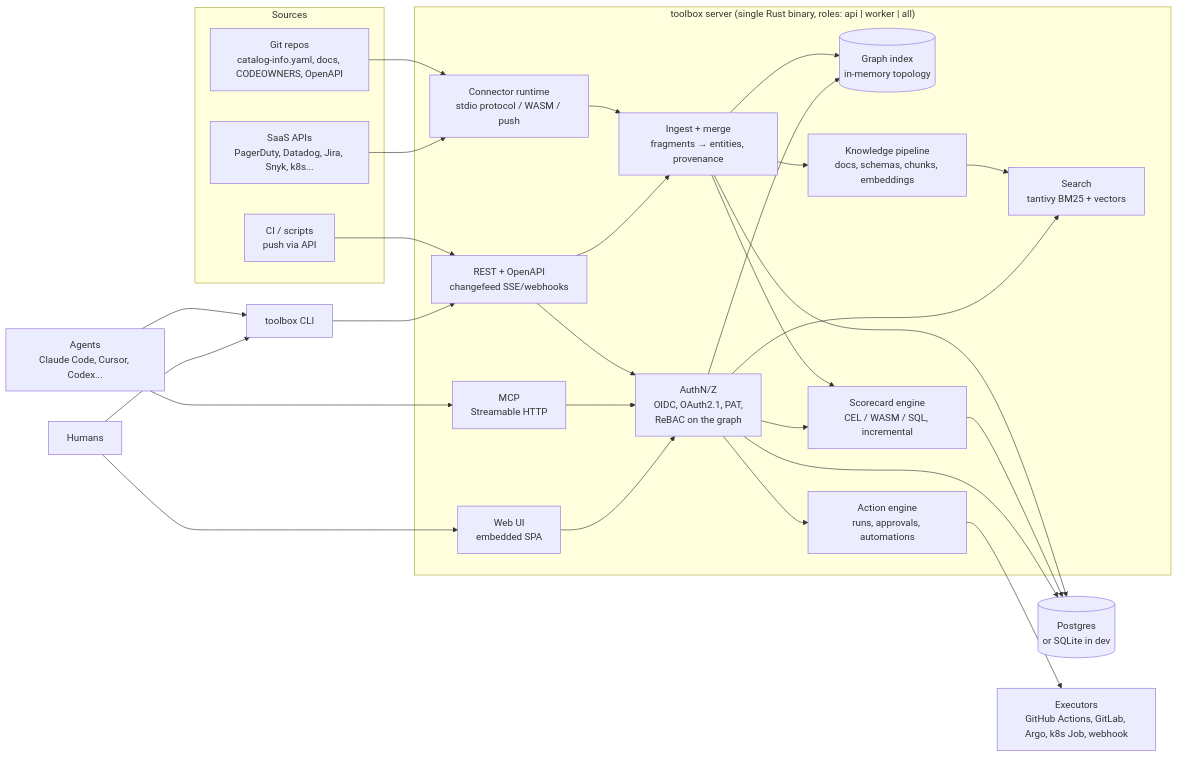
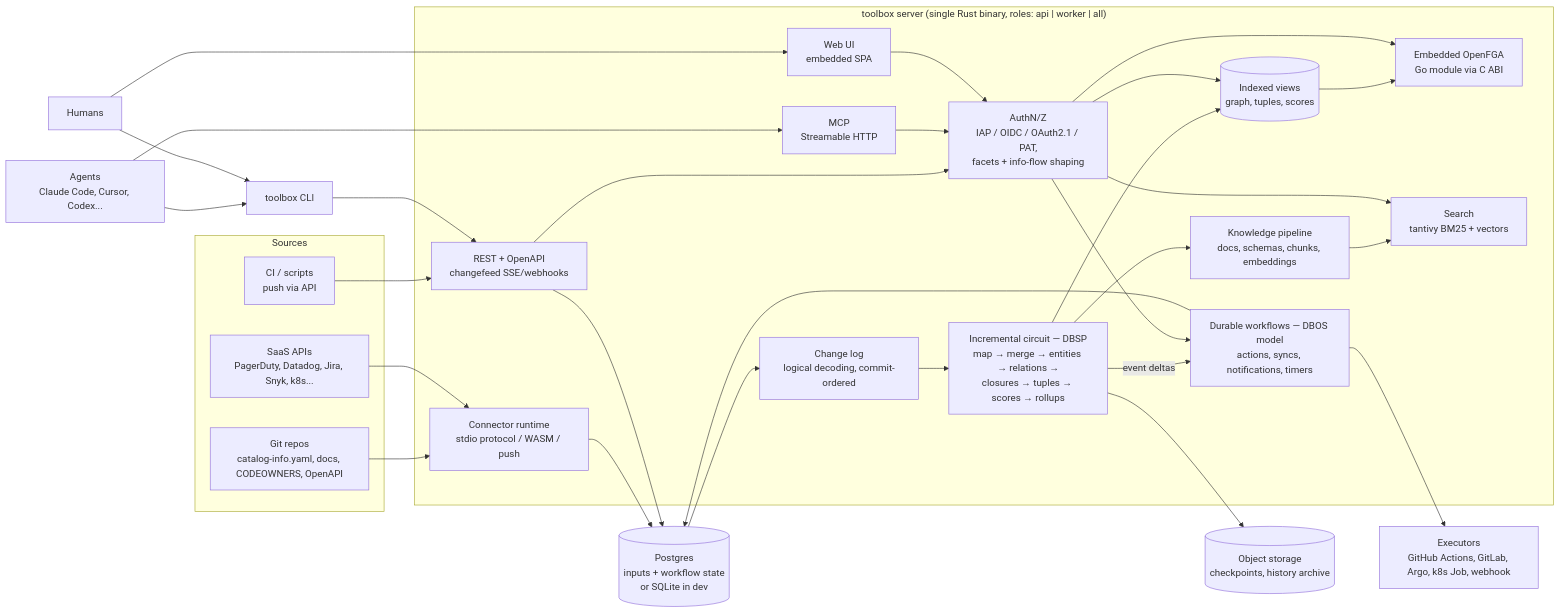
The diagram in docs/plan.md (loganvolkers/toolbox), drawn with Mermaid before and after one commit. The commit also changed other lines of this file and 15 other files, not shown here.

First line of the commit message:
Update plan: DBSP incremental circuit, DBOS-model workflows, embedded OpenFGA, info-flow facets, CODEOWNERS authority, proxy auth, extensibility, no canvases, no time estimates

````diff
--- a/docs/plan.md
+++ b/docs/plan.md
@@ -206,39 +230,42 @@
 ```mermaid
 flowchart LR
   subgraph Sources
     GIT[Git repos<br/>catalog-info.yaml, docs, CODEOWNERS, OpenAPI]
     SAAS[SaaS APIs<br/>PagerDuty, Datadog, Jira, Snyk, k8s...]
     PUSH[CI / scripts<br/>push via API]
   end
   subgraph Toolbox["toolbox server (single Rust binary, roles: api | worker | all)"]
     CR[Connector runtime<br/>stdio protocol / WASM / push]
-    ING[Ingest + merge<br/>fragments → entities, provenance]
-    G[(Graph index<br/>in-memory topology)]
-    SC[Scorecard engine<br/>CEL / WASM / SQL, incremental]
-    ACT[Action engine<br/>runs, approvals, automations]
+    LOG[Change log<br/>logical decoding, commit-ordered]
+    IVM[Incremental circuit — DBSP<br/>map → merge → entities → relations →<br/>closures → tuples → scores → rollups]
+    G[(Indexed views<br/>graph, tuples, scores)]
+    FGA[Embedded OpenFGA<br/>Go module via C ABI]
+    WF[Durable workflows — DBOS model<br/>actions, syncs, notifications, timers]
     KN[Knowledge pipeline<br/>docs, schemas, chunks, embeddings]
     S[Search<br/>tantivy BM25 + vectors]
-    AZ[AuthN/Z<br/>OIDC, OAuth2.1, PAT,<br/>ReBAC on the graph]
+    AZ[AuthN/Z<br/>IAP / OIDC / OAuth2.1 / PAT,<br/>facets + info-flow shaping]
     API[REST + OpenAPI<br/>changefeed SSE/webhooks]
     MCP[MCP<br/>Streamable HTTP]
     UI[Web UI<br/>embedded SPA]
   end
-  PG[(Postgres<br/>or SQLite in dev)]
+  PG[(Postgres<br/>inputs + workflow state<br/>or SQLite in dev)]
+  OBJ[(Object storage<br/>checkpoints, history archive)]
   EXE[Executors<br/>GitHub Actions, GitLab, Argo, k8s Job, webhook]
   CLI[toolbox CLI]
   AG[Agents<br/>Claude Code, Cursor, Codex...]
   H[Humans]
 
-  GIT & SAAS --> CR --> ING
-  PUSH --> API --> ING
-  ING --> PG
-  ING --> G & SC & KN
-  KN --> S
-  SC --> PG
-  ACT --> EXE
+  GIT & SAAS --> CR --> PG
+  PUSH --> API --> PG
+  PG --> LOG --> IVM --> G
+  IVM --> KN --> S
+  IVM --> OBJ
+  IVM -- event deltas --> WF --> EXE
+  WF --> PG
+  G --> FGA
   API & MCP & UI --> AZ
-  AZ --> G & SC & ACT & S & PG
+  AZ --> G & FGA & S & WF
   AG --> MCP
   AG & H --> CLI --> API
   H --> UI
 ```
````
